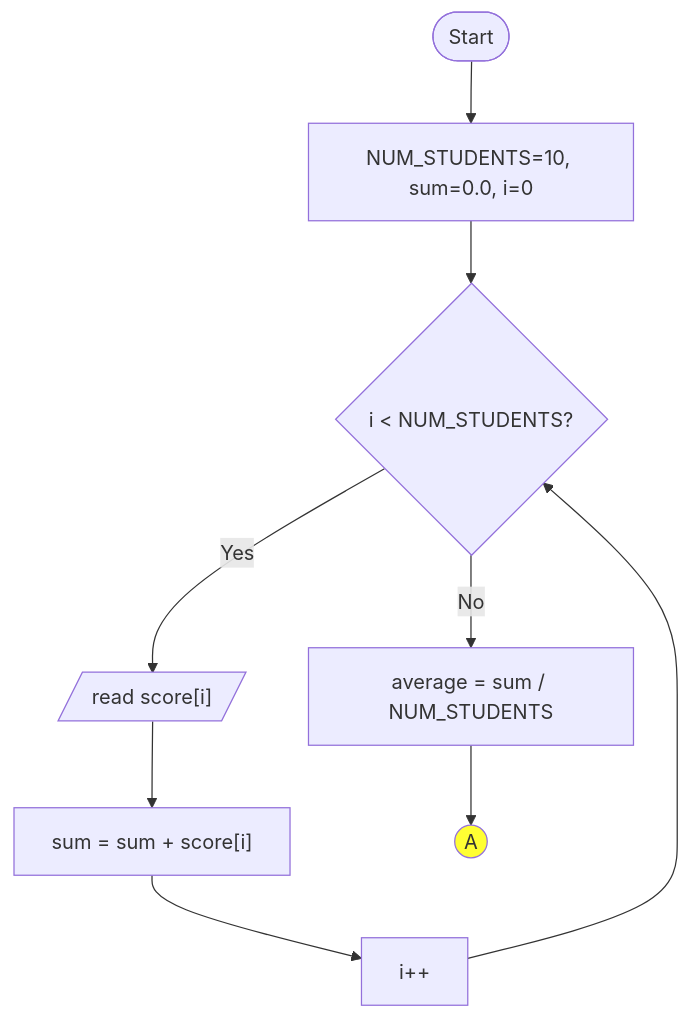
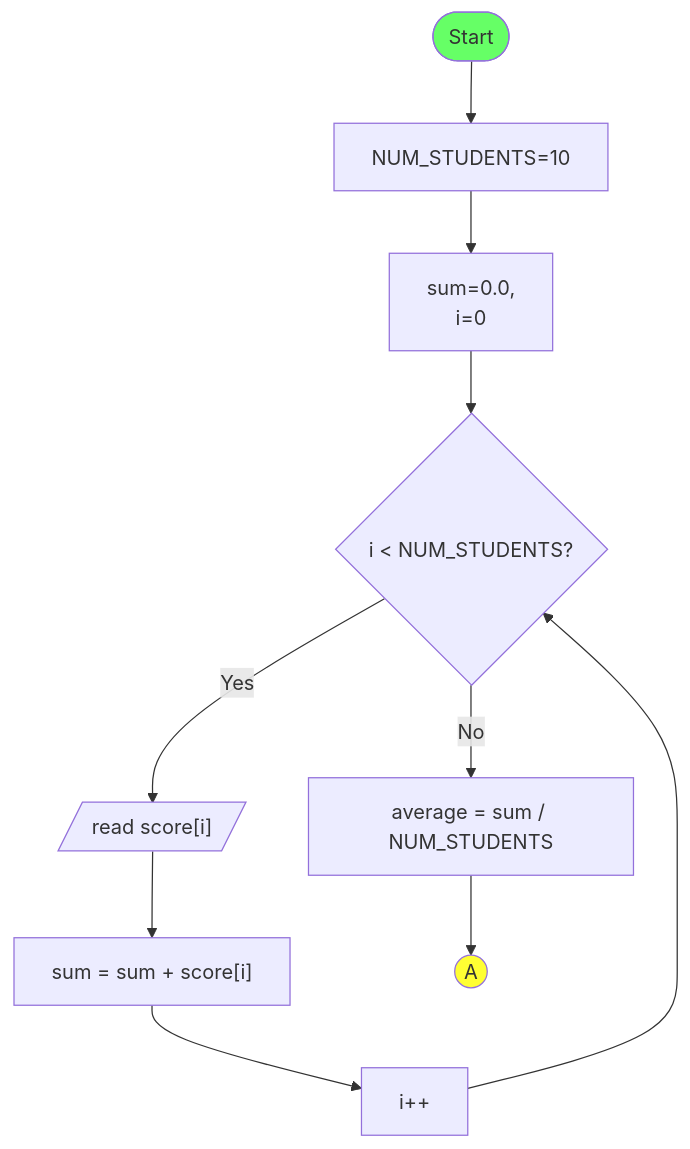
One commit to ruslylove/compro changed the second of 4 diagrams in lectures/lecture-6-arrays.md. Above: the diagram before and after it, drawn with Mermaid. The commit also changed other lines of this file and 11 other files, not shown here.

````diff
--- a/lectures/lecture-6-arrays.md
+++ b/lectures/lecture-6-arrays.md
@@ -199,11 +256,13 @@
 ```mermaid {scale:0.48}
 graph TD
 
-        A([Start]) --> B["NUM_STUDENTS=10, sum=0.0, i=0"];
+        A([Start]) --> A2["NUM_STUDENTS=10"]
+        A2 --> B["sum=0.0, <br> i=0"];
         B --> C{"i < NUM_STUDENTS?"};
         C -- Yes --> D[/"read score[i]"/];
         D --> D1["sum = sum + score[i]"] --> i++ --> C;
         C -- No --> E["average = sum / NUM_STUDENTS"] --> xx((A));
 
         style xx fill:#ff3;
+        style A fill:#6f6;
 ```
````
